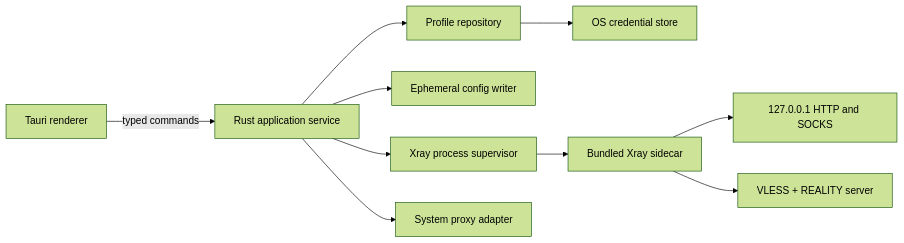
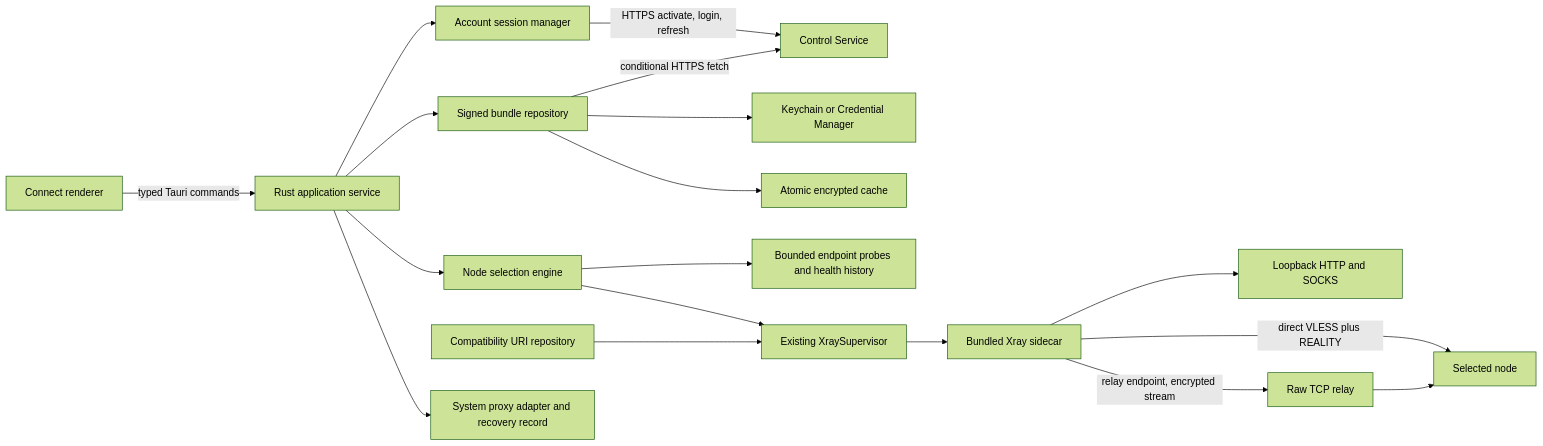
The diagram in docs/client/ARCHITECTURE.md (Skymore/reality-console), drawn with Mermaid (forest theme) before and after one commit. The commit also changed other lines of this file and 12 other files, not shown here.

Commit message:
docs: define private network platform architecture

````diff
--- a/docs/client/ARCHITECTURE.md
+++ b/docs/client/ARCHITECTURE.md
@@ -23,12 +29,20 @@
 ```mermaid
 flowchart LR
-    UI["Tauri renderer"] -->|typed commands| Backend["Rust application service"]
-    Backend --> Profiles["Profile repository"]
-    Profiles --> Keychain["OS credential store"]
-    Backend --> Config["Ephemeral config writer"]
-    Backend --> Process["Xray process supervisor"]
-    Process --> Xray["Bundled Xray sidecar"]
-    Backend --> Proxy["System proxy adapter"]
-    Xray --> Local["127.0.0.1 HTTP and SOCKS"]
-    Xray --> Server["VLESS + REALITY server"]
+    UI["Connect renderer"] -->|"typed Tauri commands"| App["Rust application service"]
+    App --> Session["Account session manager"]
+    Session -->|"HTTPS activate, login, refresh"| Control["Control Service"]
+    App --> Bundle["Signed bundle repository"]
+    Bundle -->|"conditional HTTPS fetch"| Control
+    Bundle --> Secrets["Keychain or Credential Manager"]
+    Bundle --> Cache["Atomic encrypted cache"]
+    App --> Select["Node selection engine"]
+    Select --> Health["Bounded endpoint probes and health history"]
+    Select --> Supervisor["Existing XraySupervisor"]
+    Compat["Compatibility URI repository"] --> Supervisor
+    Supervisor --> Xray["Bundled Xray sidecar"]
+    App --> Proxy["System proxy adapter and recovery record"]
+    Xray --> Local["Loopback HTTP and SOCKS"]
+    Xray -->|"direct VLESS plus REALITY"| Node["Selected node"]
+    Xray -->|"relay endpoint, encrypted stream"| Relay["Raw TCP relay"]
+    Relay --> Node
 ```
````
